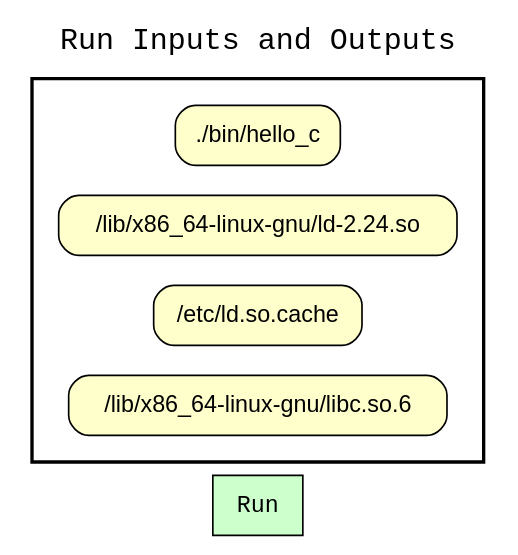
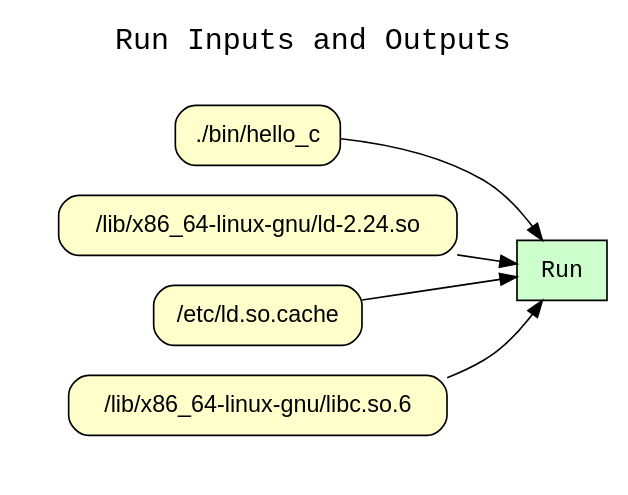
The diagram in examples/03-hello-c/graphs/wt_run_inputs_outputs.dot (CIRSS/cpr), drawn with Graphviz before and after one commit. The commit also changed 16 other files, not shown here.

Commit message:
Added edges from inputs to run, and from run to outputs.

```diff
--- a/examples/03-hello-c/graphs/wt_run_inputs_outputs.dot
+++ b/examples/03-hello-c/graphs/wt_run_inputs_outputs.dot
@@ -1,20 +1,24 @@
 
 digraph wt_run {
 rankdir=LR
 fontname=Courier; fontsize=18; labelloc=t
 label="Run Inputs and Outputs"
 node[shape=box style="filled" fillcolor="#CCFFCC" peripheries=1 fontname=Courier]
 "Run"
-subgraph cluster_inputs { label=""; color=black; penwidth=2
+subgraph cluster_inputs { label=""; color=white; penwidth=2
 subgraph cluster_inputs_inner { label=""; color=white
 node[shape=box style="rounded,filled" fillcolor="#FFFFCC" peripheries=1 fontname=Helvetica]
 "input:./bin/hello_c" [label="./bin/hello_c"]
 "input:/lib/x86_64-linux-gnu/ld-2.24.so" [label="/lib/x86_64-linux-gnu/ld-2.24.so"]
 "input:/etc/ld.so.cache" [label="/etc/ld.so.cache"]
 "input:/lib/x86_64-linux-gnu/libc.so.6" [label="/lib/x86_64-linux-gnu/libc.so.6"]
 }}
-subgraph cluster_outputs { label=""; color=black; penwidth=2
+subgraph cluster_outputs { label=""; color=white; penwidth=2
 subgraph cluster_outputs_inner { label=""; color=white
 node[shape=box style="rounded,filled" fillcolor="#FFFFCC" peripheries=1 fontname=Helvetica]
 }}
+"input:./bin/hello_c" -> "Run"
+"input:/lib/x86_64-linux-gnu/ld-2.24.so" -> "Run"
+"input:/etc/ld.so.cache" -> "Run"
+"input:/lib/x86_64-linux-gnu/libc.so.6" -> "Run"
 }
```
